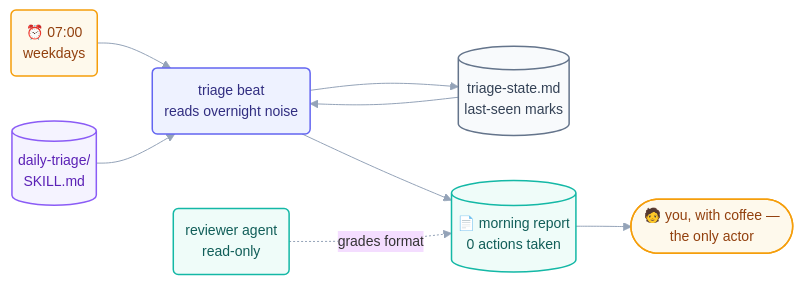
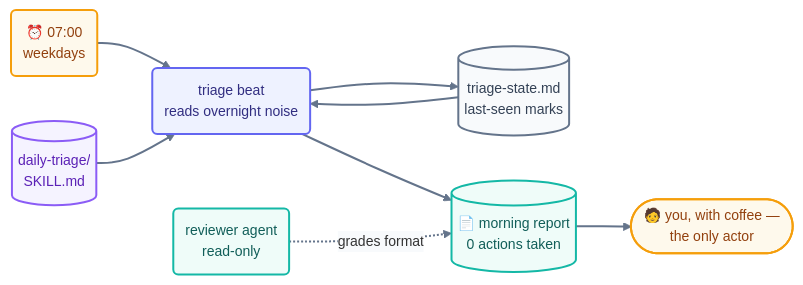
The diagram in docs/07-part-5-complete-loop/13-build-the-loop-twice.md (ayeshakhalid192007-dev/LoopEngineering-CrashCourse), drawn with Mermaid before and after one commit. The commit also changed 66 other files, not shown here.

First line of the commit message:
docs(diagrams): bolden and unify all 70 mermaid diagrams

````diff
--- a/docs/07-part-5-complete-loop/13-build-the-loop-twice.md
+++ b/docs/07-part-5-complete-loop/13-build-the-loop-twice.md
@@ -43,18 +43,19 @@
 ```mermaid
-%%{init: {'theme':'base','themeVariables':{'fontFamily':'ui-sans-serif, system-ui, sans-serif','fontSize':'14px','lineColor':'#94a3b8'},'flowchart':{'curve':'basis','nodeSpacing':45,'rankSpacing':55,'padding':12}}}%%
+%%{init: {'theme':'base','themeVariables':{'fontFamily':'ui-sans-serif, system-ui, sans-serif','fontSize':'14px','lineColor':'#64748b','edgeLabelBackground':'#f8fafc'},'flowchart':{'curve':'basis','nodeSpacing':45,'rankSpacing':55,'padding':12}}}%%
 flowchart LR
     HB("⏰ 07:00<br/>weekdays"):::time --> B("triage beat<br/>reads overnight noise"):::beat
     SK[("daily-triage/<br/>SKILL.md")]:::cfg --> B
     SP[("triage-state.md<br/>last-seen marks")]:::file --> B
     B --> R[("📄 morning report<br/>0 actions taken")]:::win
     B --> SP
     RV("reviewer agent<br/>read-only"):::check -.->|grades format| R
     R --> H(["🧑 you, with coffee —<br/>the only actor"]):::human
-    classDef time fill:#fef9ec,stroke:#f59e0b,stroke-width:1.5px,color:#92400e;
-    classDef beat fill:#eef2ff,stroke:#6366f1,stroke-width:1.5px,color:#312e81;
-    classDef cfg fill:#f5f3ff,stroke:#8b5cf6,stroke-width:1.5px,color:#5b21b6;
-    classDef file fill:#f8fafc,stroke:#64748b,stroke-width:1.5px,color:#334155;
-    classDef check fill:#effcf9,stroke:#14b8a6,stroke-width:1.5px,color:#115e59;
-    classDef win fill:#effcf9,stroke:#14b8a6,stroke-width:1.5px,color:#115e59;
-    classDef human fill:#fef9ec,stroke:#f59e0b,stroke-width:1.5px,color:#92400e;
+    linkStyle default stroke:#64748b,stroke-width:2px;
+    classDef time fill:#fef9ec,stroke:#f59e0b,stroke-width:2px,color:#92400e;
+    classDef beat fill:#eef2ff,stroke:#6366f1,stroke-width:2px,color:#312e81;
+    classDef cfg fill:#f5f3ff,stroke:#8b5cf6,stroke-width:2px,color:#5b21b6;
+    classDef file fill:#f8fafc,stroke:#64748b,stroke-width:2px,color:#334155;
+    classDef check fill:#effcf9,stroke:#14b8a6,stroke-width:2px,color:#115e59;
+    classDef win fill:#effcf9,stroke:#14b8a6,stroke-width:2px,color:#115e59;
+    classDef human fill:#fef9ec,stroke:#f59e0b,stroke-width:2px,color:#92400e;
 ```
````
